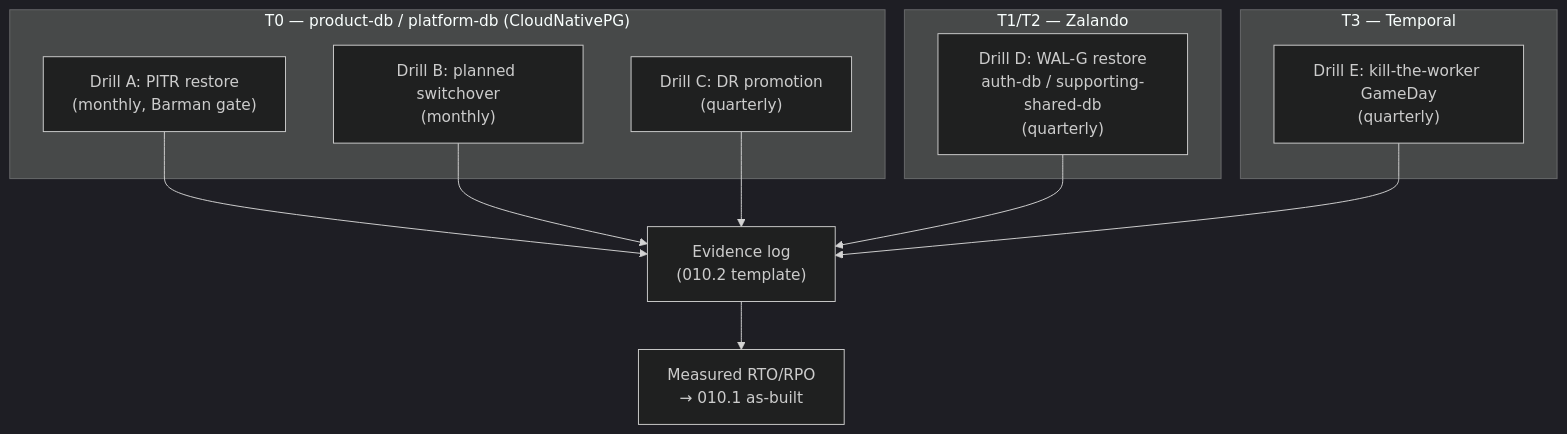
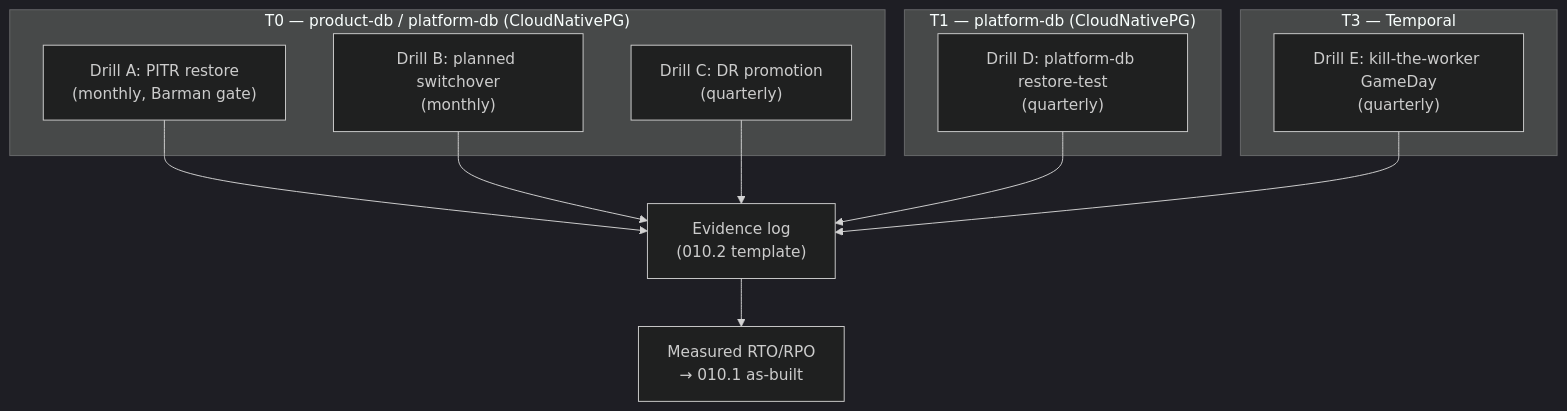
The second of 2 diagrams in docs/proposals/rfc/RFC-0007/README.md (duynhlab/homelab), drawn with Mermaid (dark theme) before and after one commit. The commit also changed other lines of this file and 1 other file, not shown here.

First line of the commit message:
Give RFC-0007 its program and point Drill D at reality

````diff
--- a/docs/proposals/rfc/RFC-0007/README.md
+++ b/docs/proposals/rfc/RFC-0007/README.md
@@ -128,20 +141,20 @@
 ```mermaid
 flowchart TB
     subgraph T0["T0 — product-db / platform-db (CloudNativePG)"]
       A["Drill A: PITR restore<br/>(monthly, Barman gate)"]
       B["Drill B: planned switchover<br/>(monthly)"]
       C["Drill C: DR promotion<br/>(quarterly)"]
     end
-    subgraph T12["T1/T2 — Zalando"]
-      D["Drill D: WAL-G restore<br/>auth-db / supporting-shared-db<br/>(quarterly)"]
+    subgraph T1["T1 — platform-db (CloudNativePG)"]
+      D["Drill D: platform-db restore-test<br/>(quarterly)"]
     end
     subgraph T3["T3 — Temporal"]
       E["Drill E: kill-the-worker GameDay<br/>(quarterly)"]
     end
     A --> evidence["Evidence log<br/>(010.2 template)"]
     B --> evidence
     C --> evidence
     D --> evidence
     E --> evidence
     evidence --> targets["Measured RTO/RPO<br/>→ 010.1 as-built"]
 ```
````
